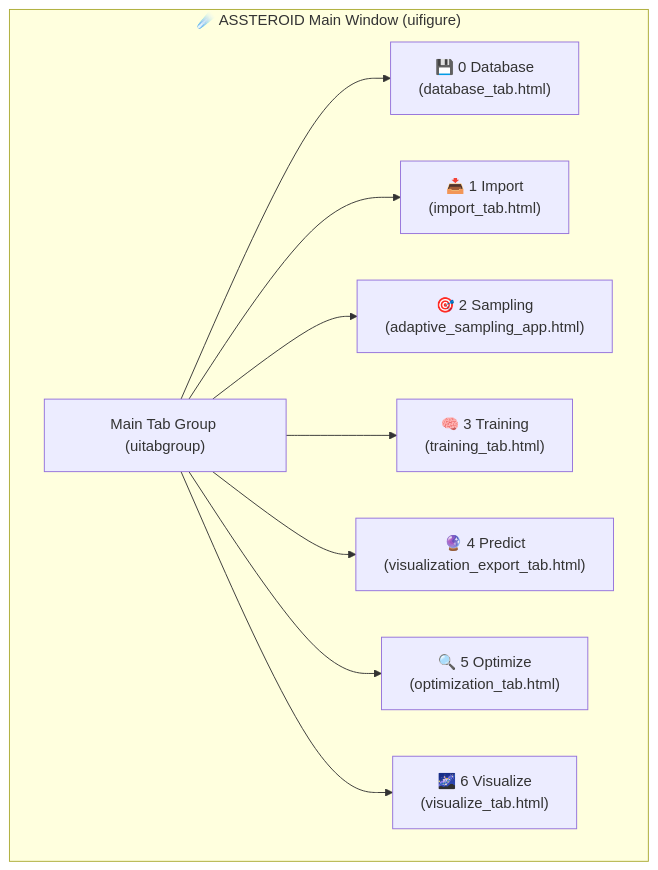
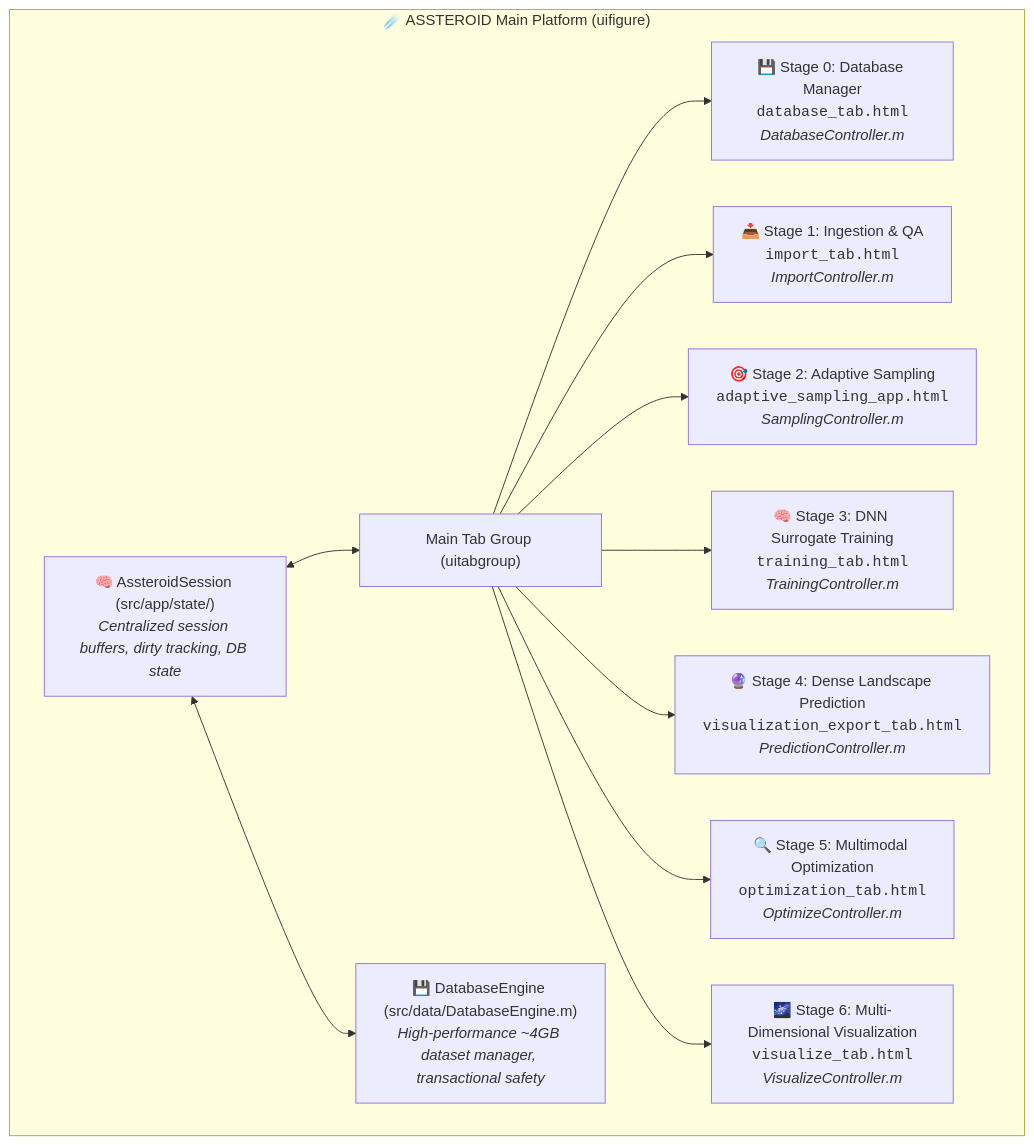
One commit to MahZadYar/ASSTEROID changed the first of 3 diagrams in docs/app_architecture.md. Above: the diagram before and after it, drawn with Mermaid. The commit also changed other lines of this file and 3 other files, not shown here.

Commit message:
docs(v5.0): synchronize technical guides, architecture docs, and workflow references

````diff
--- a/docs/app_architecture.md
+++ b/docs/app_architecture.md
@@ -19,13 +21,18 @@
 ```mermaid
 flowchart TD
-    subgraph App ["☄️ ASSTEROID Main Window (uifigure)"]
+    subgraph App ["☄️ ASSTEROID Main Platform (uifigure)"]
+        Session["🧠 AssteroidSession (src/app/state/)<br/><i>Centralized session buffers, dirty tracking, DB state</i>"]
+        DBEngine["💾 DatabaseEngine (src/data/DatabaseEngine.m)<br/><i>High-performance ~4GB dataset manager, transactional safety</i>"]
         TG["Main Tab Group (uitabgroup)"]
-        TG --> S0["💾 0 Database<br/>(database_tab.html)"]
-        TG --> S1["📥 1 Import<br/>(import_tab.html)"]
-        TG --> S2["🎯 2 Sampling<br/>(adaptive_sampling_app.html)"]
-        TG --> S3["🧠 3 Training<br/>(training_tab.html)"]
-        TG --> S4["🔮 4 Predict<br/>(visualization_export_tab.html)"]
-        TG --> S5["🔍 5 Optimize<br/>(optimization_tab.html)"]
-        TG --> S6["🌌 6 Visualize<br/>(visualize_tab.html)"]
+
+        TG --> S0["💾 Stage 0: Database Manager<br/><code>database_tab.html</code><br/><i>DatabaseController.m</i>"]
+        TG --> S1["📥 Stage 1: Ingestion & QA<br/><code>import_tab.html</code><br/><i>ImportController.m</i>"]
+        TG --> S2["🎯 Stage 2: Adaptive Sampling<br/><code>adaptive_sampling_app.html</code><br/><i>SamplingController.m</i>"]
+        TG --> S3["🧠 Stage 3: DNN Surrogate Training<br/><code>training_tab.html</code><br/><i>TrainingController.m</i>"]
+        TG --> S4["🔮 Stage 4: Dense Landscape Prediction<br/><code>visualization_export_tab.html</code><br/><i>PredictionController.m</i>"]
+        TG --> S5["🔍 Stage 5: Multimodal Optimization<br/><code>optimization_tab.html</code><br/><i>OptimizeController.m</i>"]
+        TG --> S6["🌌 Stage 6: Multi-Dimensional Visualization<br/><code>visualize_tab.html</code><br/><i>VisualizeController.m</i>"]
     end
+    Session <--> DBEngine
+    Session <--> TG
 ```
````
